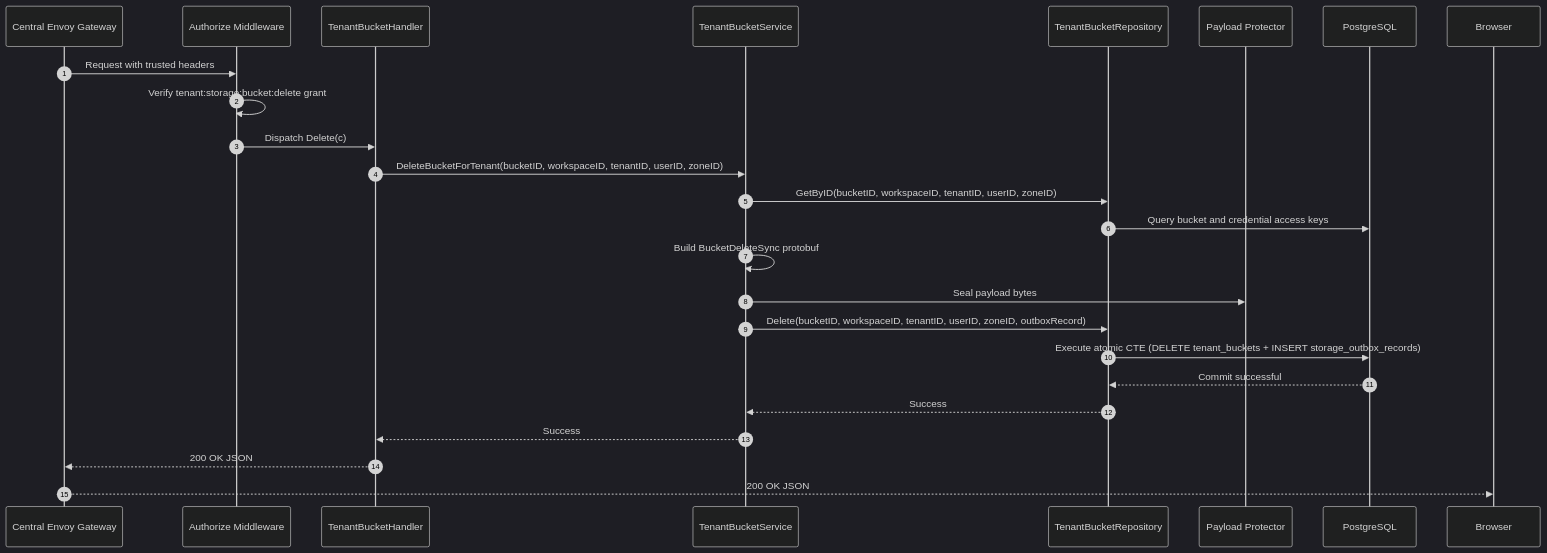
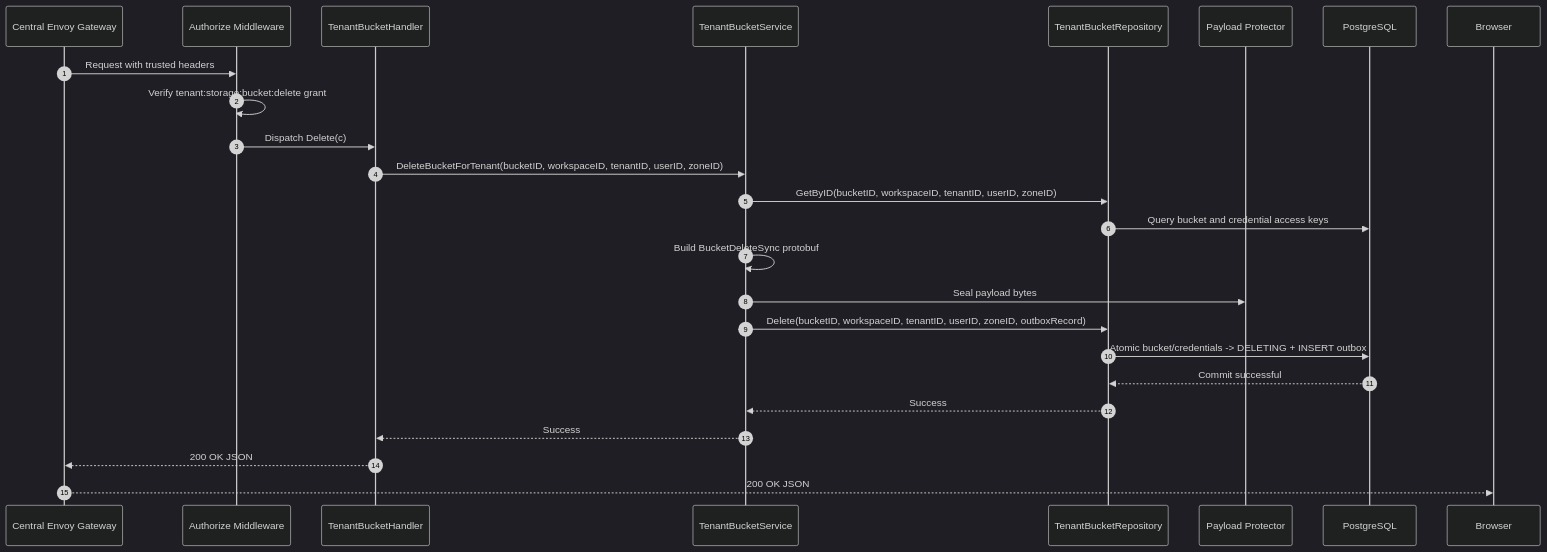
The second of 6 diagrams in god_view/storage/tenant_bucket_delete_god_view_workflow.md (phucle996/aurora), drawn with Mermaid (dark theme) before and after one commit. The commit also changed other lines of this file and 195 other files, not shown here.

````diff
--- a/god_view/storage/tenant_bucket_delete_god_view_workflow.md
+++ b/god_view/storage/tenant_bucket_delete_god_view_workflow.md
@@ -68,27 +67,27 @@
 ```mermaid
 sequenceDiagram
     autonumber
     participant Envoy as Central Envoy Gateway
     participant AuthMW as Authorize Middleware
     participant Handler as TenantBucketHandler
     participant Service as TenantBucketService
     participant Repo as TenantBucketRepository
     participant Protector as Payload Protector
     participant PG as PostgreSQL
 
     Envoy->>AuthMW: Request with trusted headers
     AuthMW->>AuthMW: Verify tenant:storage:bucket:delete grant
     AuthMW->>Handler: Dispatch Delete(c)
     Handler->>Service: DeleteBucketForTenant(bucketID, workspaceID, tenantID, userID, zoneID)
     Service->>Repo: GetByID(bucketID, workspaceID, tenantID, userID, zoneID)
     Repo->>PG: Query bucket and credential access keys
     Service->>Service: Build BucketDeleteSync protobuf
     Service->>Protector: Seal payload bytes
     Service->>Repo: Delete(bucketID, workspaceID, tenantID, userID, zoneID, outboxRecord)
-    Repo->>PG: Execute atomic CTE (DELETE tenant_buckets + INSERT storage_outbox_records)
+    Repo->>PG: Atomic bucket/credentials -> DELETING + INSERT outbox
     PG-->>Repo: Commit successful
     Repo-->>Service: Success
     Service-->>Handler: Success
     Handler-->>Envoy: 200 OK JSON
     Envoy-->>Browser: 200 OK JSON
 ```
````
